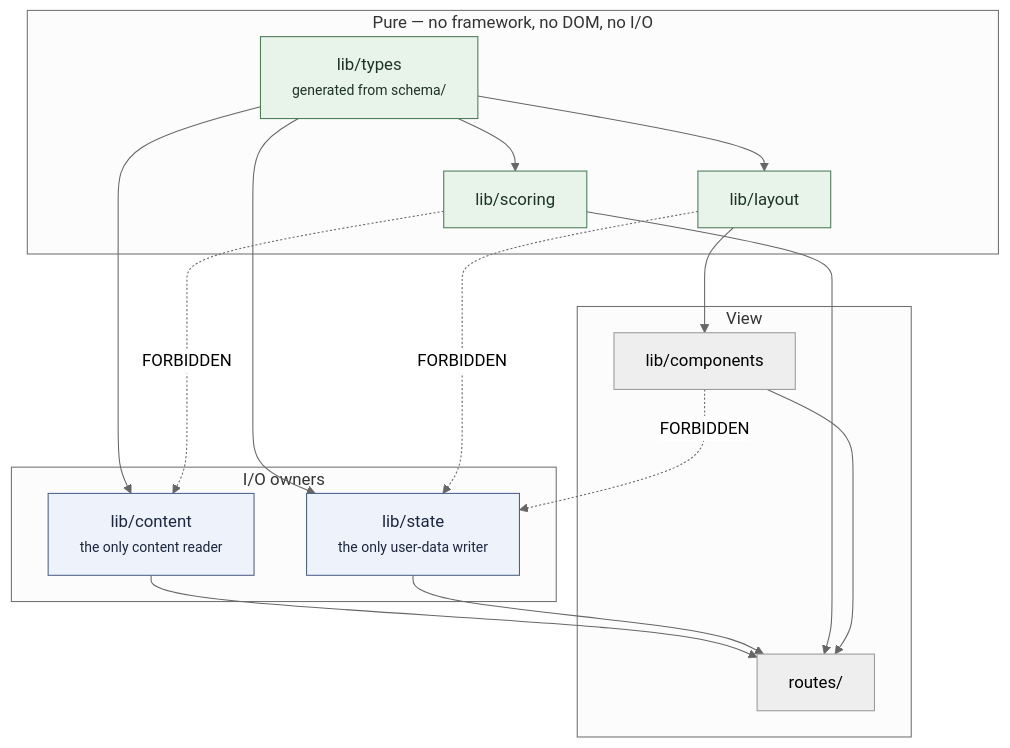
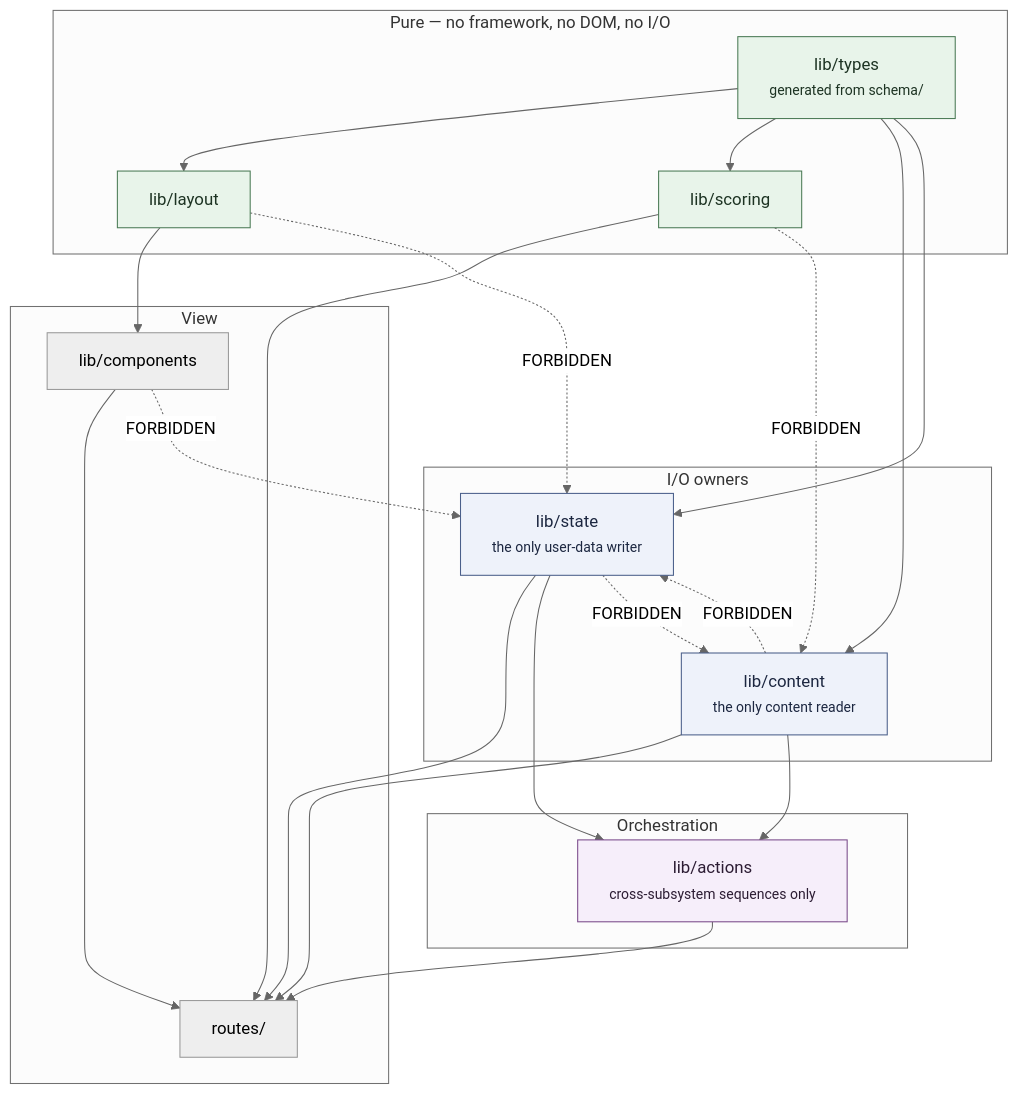
One commit to lifeskilltracker/lifeskilltracker.github.io changed the eighth of 9 diagrams in docs/ARCHITECTURE.md. Above: the diagram before and after it, drawn with Mermaid (neutral theme). The commit also changed other lines of this file and 15 other files, not shown here.

````diff
--- a/docs/ARCHITECTURE.md
+++ b/docs/ARCHITECTURE.md
@@ -1826,35 +1850,45 @@
 ```mermaid
 flowchart TD
     subgraph pure["Pure — no framework, no DOM, no I/O"]
         TYPES["lib/types<br/><small>generated from schema/</small>"]
         LAYOUT["lib/layout"]
         SCORING["lib/scoring"]
     end
     subgraph io["I/O owners"]
         LOADER["lib/content<br/><small>the only content reader</small>"]
         STATE["lib/state<br/><small>the only user-data writer</small>"]
+    end
+    subgraph orch["Orchestration"]
+        ACTIONS["lib/actions<br/><small>cross-subsystem sequences only</small>"]
     end
     subgraph view["View"]
         COMP["lib/components"]
         ROUTES["routes/"]
     end
 
     TYPES --> LAYOUT
     TYPES --> SCORING
     TYPES --> LOADER
     TYPES --> STATE
     LOADER --> ROUTES
     STATE --> ROUTES
+    LOADER --> ACTIONS
+    STATE --> ACTIONS
+    ACTIONS --> ROUTES
     LAYOUT --> COMP
     SCORING --> ROUTES
     COMP --> ROUTES
 
     LAYOUT -.->|"FORBIDDEN"| STATE
     SCORING -.->|"FORBIDDEN"| LOADER
     COMP -.->|"FORBIDDEN"| STATE
+    LOADER -.->|"FORBIDDEN"| STATE
+    STATE -.->|"FORBIDDEN"| LOADER
 
     classDef pure fill:#e8f4ea,stroke:#4a7a55,color:#1d3323
     classDef io fill:#eef2fa,stroke:#4a5f8a,color:#1c2740
+    classDef orch fill:#f6eefa,stroke:#7a4a8a,color:#2c1c33
     class TYPES,LAYOUT,SCORING pure
     class LOADER,STATE io
+    class ACTIONS orch
 ```
````
